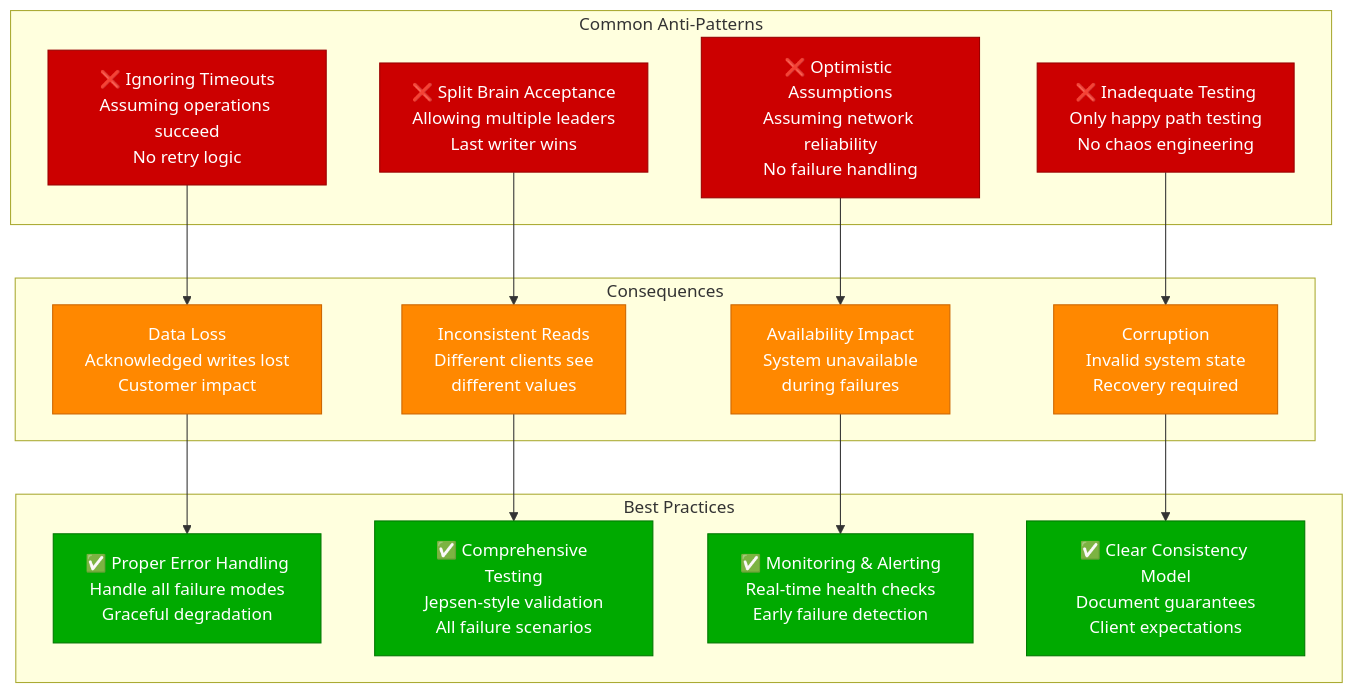
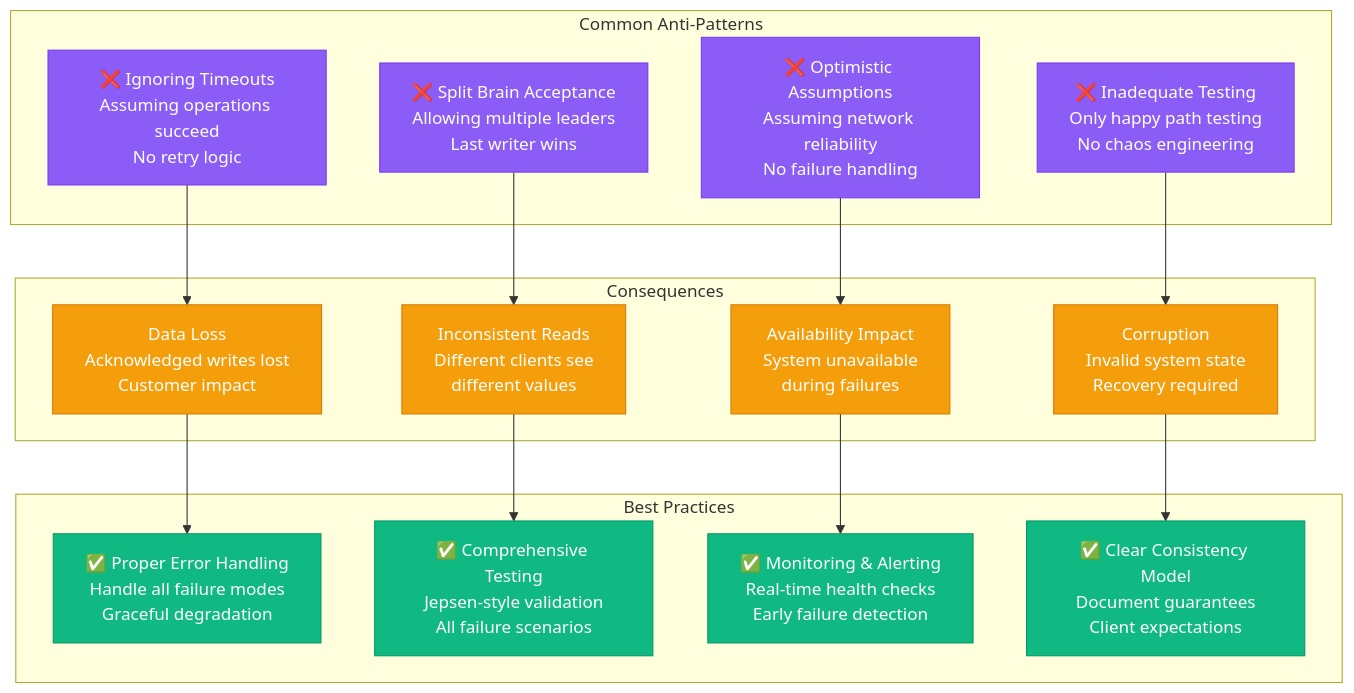
One commit to deepaucksharma/DS changed the tenth of 10 diagrams in site/docs/guarantees/linearizability/linearizability-failures.md. Above: the diagram before and after it, drawn with Mermaid. The commit also changed other lines of this file and 303 other files, not shown here.

````diff
--- a/site/docs/guarantees/linearizability/linearizability-failures.md
+++ b/site/docs/guarantees/linearizability/linearizability-failures.md
@@ -448,41 +448,41 @@
 ```mermaid
 graph TB
     subgraph AntiPatterns[Common Anti-Patterns]
         AP1[❌ Ignoring Timeouts<br/>Assuming operations succeed<br/>No retry logic]
         AP2[❌ Split Brain Acceptance<br/>Allowing multiple leaders<br/>Last writer wins]
         AP3[❌ Optimistic Assumptions<br/>Assuming network reliability<br/>No failure handling]
         AP4[❌ Inadequate Testing<br/>Only happy path testing<br/>No chaos engineering]
     end
 
     subgraph Consequences[Consequences]
         C1[Data Loss<br/>Acknowledged writes lost<br/>Customer impact]
         C2[Inconsistent Reads<br/>Different clients see<br/>different values]
         C3[Availability Impact<br/>System unavailable<br/>during failures]
         C4[Corruption<br/>Invalid system state<br/>Recovery required]
     end
 
     subgraph BestPractices[Best Practices]
         BP1[✅ Proper Error Handling<br/>Handle all failure modes<br/>Graceful degradation]
         BP2[✅ Comprehensive Testing<br/>Jepsen-style validation<br/>All failure scenarios]
         BP3[✅ Monitoring & Alerting<br/>Real-time health checks<br/>Early failure detection]
         BP4[✅ Clear Consistency Model<br/>Document guarantees<br/>Client expectations]
     end
 
     AP1 --> C1
     AP2 --> C2
     AP3 --> C3
     AP4 --> C4
 
     C1 --> BP1
     C2 --> BP2
     C3 --> BP3
     C4 --> BP4
 
-    classDef antiStyle fill:#CC0000,stroke:#990000,color:#fff
-    classDef consequenceStyle fill:#FF8800,stroke:#CC6600,color:#fff
-    classDef practiceStyle fill:#00AA00,stroke:#007700,color:#fff
+    classDef antiStyle fill:#8B5CF6,stroke:#7C3AED,color:#fff
+    classDef consequenceStyle fill:#F59E0B,stroke:#D97706,color:#fff
+    classDef practiceStyle fill:#10B981,stroke:#059669,color:#fff
 
     class AP1,AP2,AP3,AP4 antiStyle
     class C1,C2,C3,C4 consequenceStyle
     class BP1,BP2,BP3,BP4 practiceStyle
 ```
````
